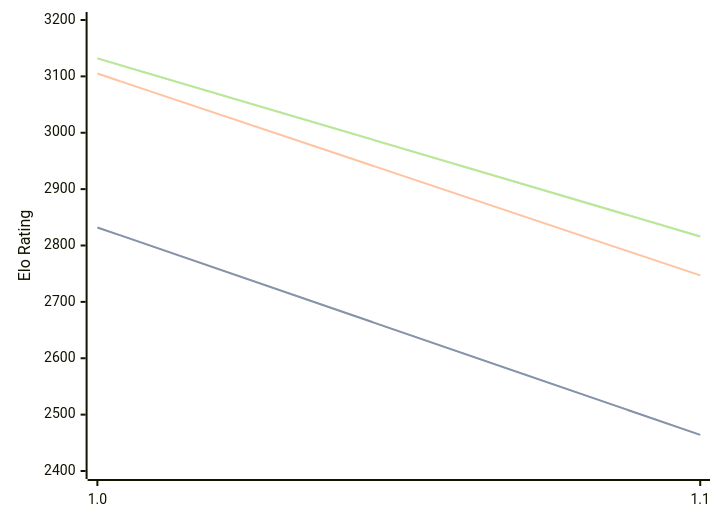
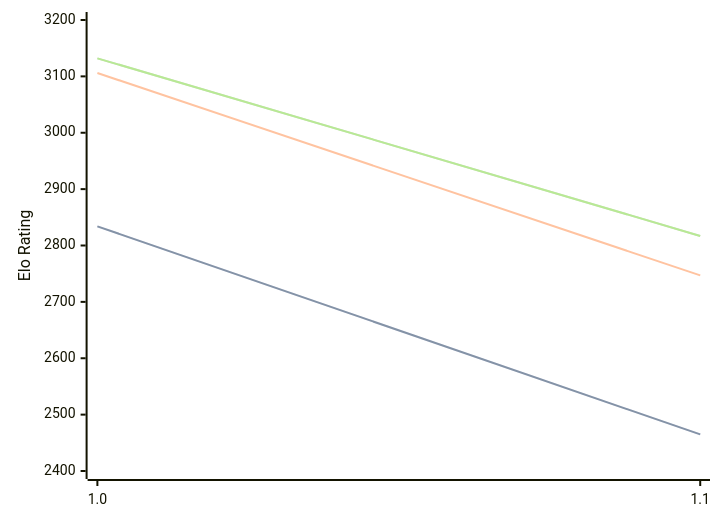
One commit to computer-chess-index/cci changed the diagram in engines/Publius.md. Above: the diagram before and after it, drawn with Mermaid. The commit also changed other lines of this file, not shown here.

Commit message:
Update CCI Ratings (ELO VLTC) - 2026-08-26

````diff
--- a/engines/Publius.md
+++ b/engines/Publius.md
@@ -32,11 +32,11 @@
 ```mermaid
 %%{init: {"theme":"base","themeVariables":{"seriesColors:['#a3a3a3','#222221','#faa371']}}}%%
 xychart-beta
   x-axis ["1.0", "1.1"]
   y-axis "Elo Rating" 2400 --> 3200
-  line "STC (8.0+0.08s)" [2832, 2464]
-  line "STC (8.0+0.08s)" [2832, 2464]
-  line "LTC (60.0+0.60s)" [3105, 2747]
-  line "VLTC (2m24s+1.12s)" [3132, 2816]
-  line "VLTC (2m24s+1.12s)" [3132, 2816]
+  line "STC (8.0+0.08s)" [2834, 2465]
+  line "STC (8.0+0.08s)" [2834, 2465]
+  line "LTC (60.0+0.60s)" [3106, 2747]
+  line "VLTC (2m24s+1.12s)" [3132, 2817]
+  line "VLTC (2m24s+1.12s)" [3132, 2817]
 ```
````
